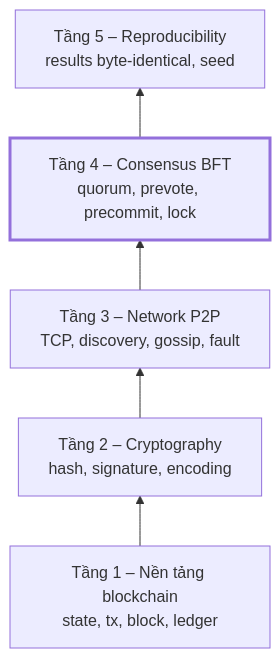
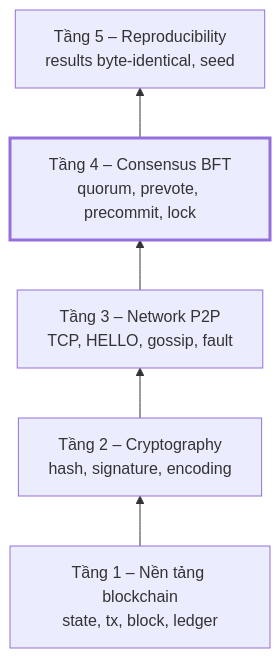
Before and after one commit to NgocHieu162/blockchain-lab01: the first of 41 diagrams in docs/CONCEPT_GUIDE.md, drawn with Mermaid. The commit also changed other lines of this file and 27 other files, not shown here.

````diff
--- a/docs/CONCEPT_GUIDE.md
+++ b/docs/CONCEPT_GUIDE.md
@@ -23,10 +23,10 @@
 ```mermaid
 flowchart BT
     T1["Tầng 1 – Nền tảng blockchain<br/>state, tx, block, ledger"]
     T2["Tầng 2 – Cryptography<br/>hash, signature, encoding"]
-    T3["Tầng 3 – Network P2P<br/>TCP, discovery, gossip, fault"]
+    T3["Tầng 3 – Network P2P<br/>TCP, HELLO, gossip, fault"]
     T4["Tầng 4 – Consensus BFT<br/>quorum, prevote, precommit, lock"]
     T5["Tầng 5 – Reproducibility<br/>results byte-identical, seed"]
     T1 --> T2 --> T3 --> T4 --> T5
     style T4 stroke-width:3px
 ```
````
